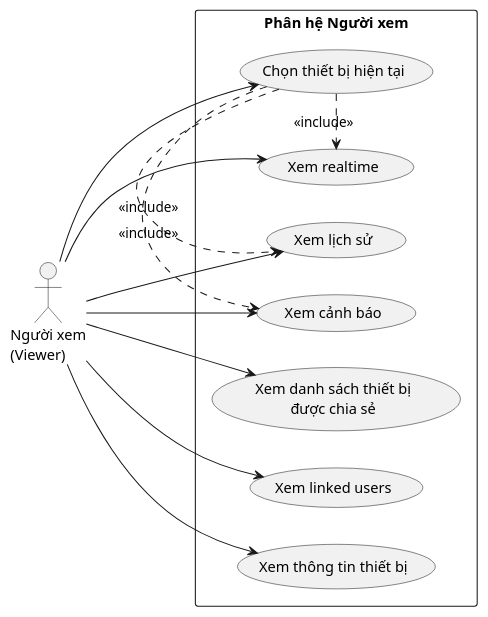
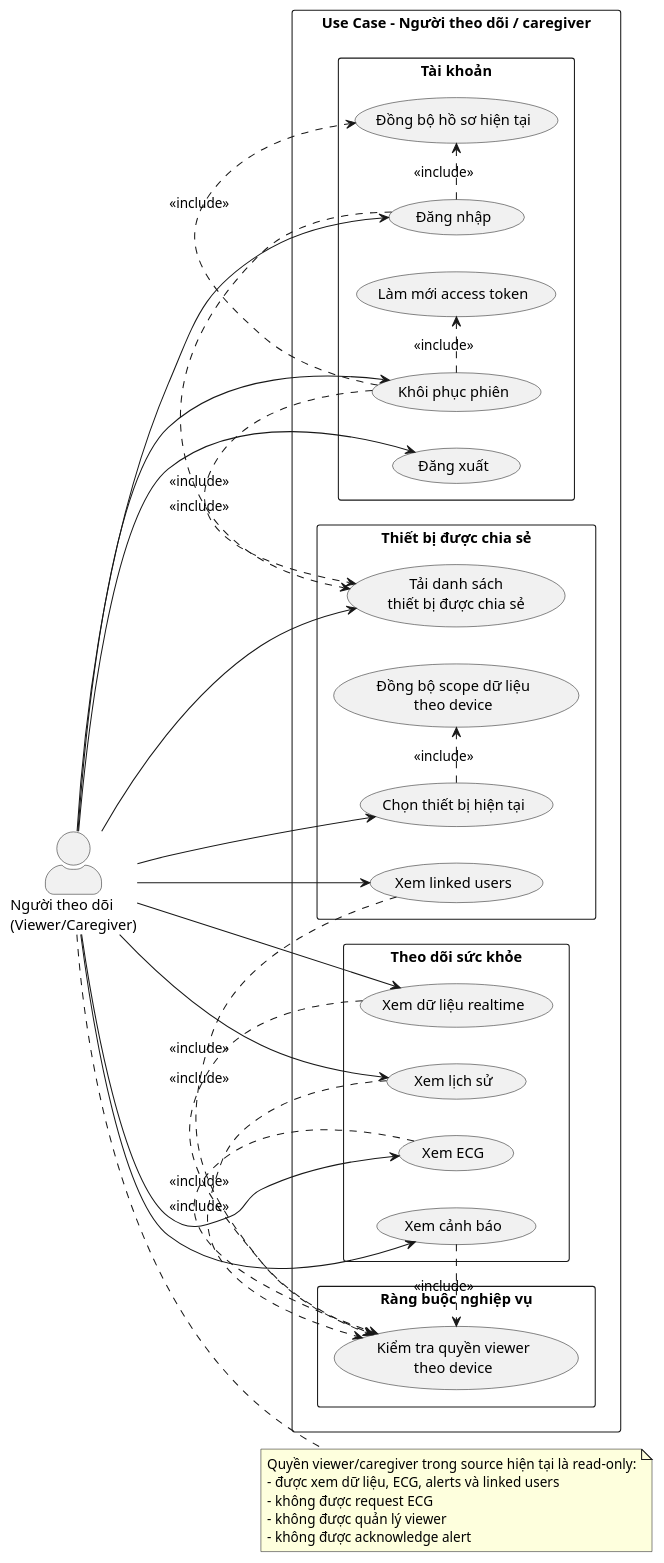
One commit to THANHTAI2004/223209_DANGTHANHTAI changed the third of 6 diagrams in README.md. Above: the diagram before and after it, drawn with PlantUML. The commit also changed other lines of this file, not shown here.

````diff
--- a/README.md
+++ b/README.md
@@ -216,30 +242,72 @@
 ```plantuml
 @startuml
 left to right direction
+skinparam shadowing false
 skinparam packageStyle rectangle
+skinparam actorStyle awesome
 
-actor "Người xem\n(Viewer)" as Viewer
+actor "Người theo dõi\n(Viewer/Caregiver)" as Viewer
 
-rectangle "Phân hệ Người xem" {
-  usecase "Xem danh sách thiết bị\nđược chia sẻ" as UC_List
-  usecase "Chọn thiết bị hiện tại" as UC_Select
-  usecase "Xem realtime" as UC_Realtime
-  usecase "Xem lịch sử" as UC_History
-  usecase "Xem cảnh báo" as UC_Alerts
-  usecase "Xem linked users" as UC_LinkedUsers
-  usecase "Xem thông tin thiết bị" as UC_DeviceInfo
+rectangle "Use Case - Người theo dõi / caregiver" {
+
+  package "Tài khoản" {
+    usecase "Đăng nhập" as V_Login
+    usecase "Khôi phục phiên" as V_Restore
+    usecase "Đăng xuất" as V_Logout
+    usecase "Làm mới access token" as V_Refresh
+    usecase "Đồng bộ hồ sơ hiện tại" as V_Me
+  }
+
+  package "Thiết bị được chia sẻ" {
+    usecase "Tải danh sách\nthiết bị được chia sẻ" as V_MyDevices
+    usecase "Chọn thiết bị hiện tại" as V_SelectDevice
+    usecase "Đồng bộ scope dữ liệu\ntheo device" as V_BindScope
+    usecase "Xem linked users" as V_LinkedUsers
+  }
+
+  package "Theo dõi sức khỏe" {
+    usecase "Xem dữ liệu realtime" as V_Latest
+    usecase "Xem lịch sử" as V_History
+    usecase "Xem ECG" as V_ECG
+    usecase "Xem cảnh báo" as V_Alerts
+  }
+
+  package "Ràng buộc nghiệp vụ" {
+    usecase "Kiểm tra quyền viewer\ntheo device" as V_Access
+  }
 }
 
-Viewer --> UC_List
-Viewer --> UC_Select
-Viewer --> UC_Realtime
-Viewer --> UC_History
-Viewer --> UC_Alerts
-Viewer --> UC_LinkedUsers
-Viewer --> UC_DeviceInfo
+Viewer --> V_Login
+Viewer --> V_Restore
+Viewer --> V_Logout
+Viewer --> V_MyDevices
+Viewer --> V_SelectDevice
+Viewer --> V_LinkedUsers
+Viewer --> V_Latest
+Viewer --> V_History
+Viewer --> V_ECG
+Viewer --> V_Alerts
 
-UC_Select .> UC_Realtime : <<include>>
-UC_Select .> UC_History : <<include>>
-UC_Select .> UC_Alerts : <<include>>
+V_Login .> V_Me : <<include>>
+V_Login .> V_MyDevices : <<include>>
+V_Restore .> V_Refresh : <<include>>
+V_Restore .> V_Me : <<include>>
+V_Restore .> V_MyDevices : <<include>>
+V_SelectDevice .> V_BindScope : <<include>>
+
+V_LinkedUsers .> V_Access : <<include>>
+V_Latest .> V_Access : <<include>>
+V_History .> V_Access : <<include>>
+V_ECG .> V_Access : <<include>>
+V_Alerts .> V_Access : <<include>>
+
+note right of Viewer
+  Quyền viewer/caregiver trong source hiện tại là read-only:
+  - được xem dữ liệu, ECG, alerts và linked users
+  - không được request ECG
+  - không được quản lý viewer
+  - không được acknowledge alert
+end note
+
 @enduml
 ```
````
